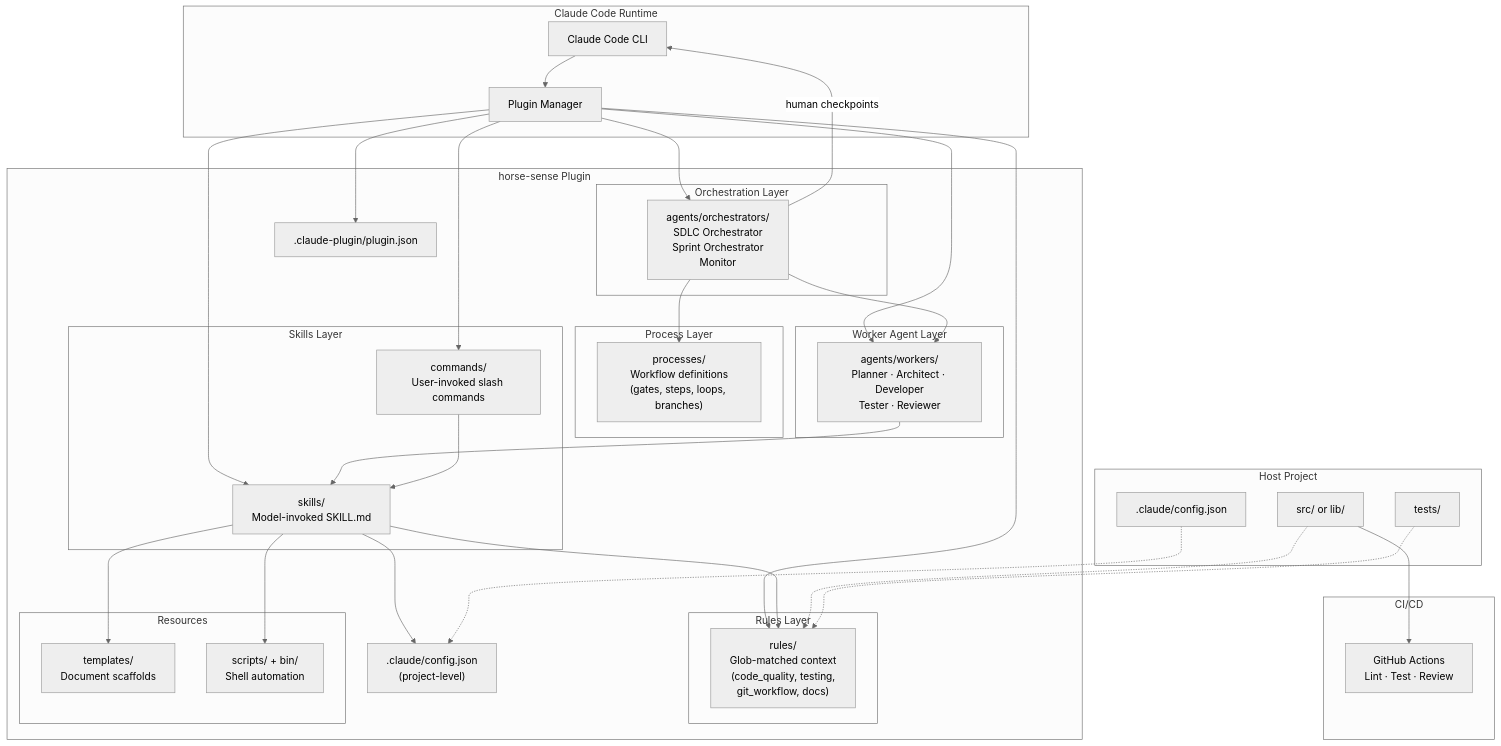
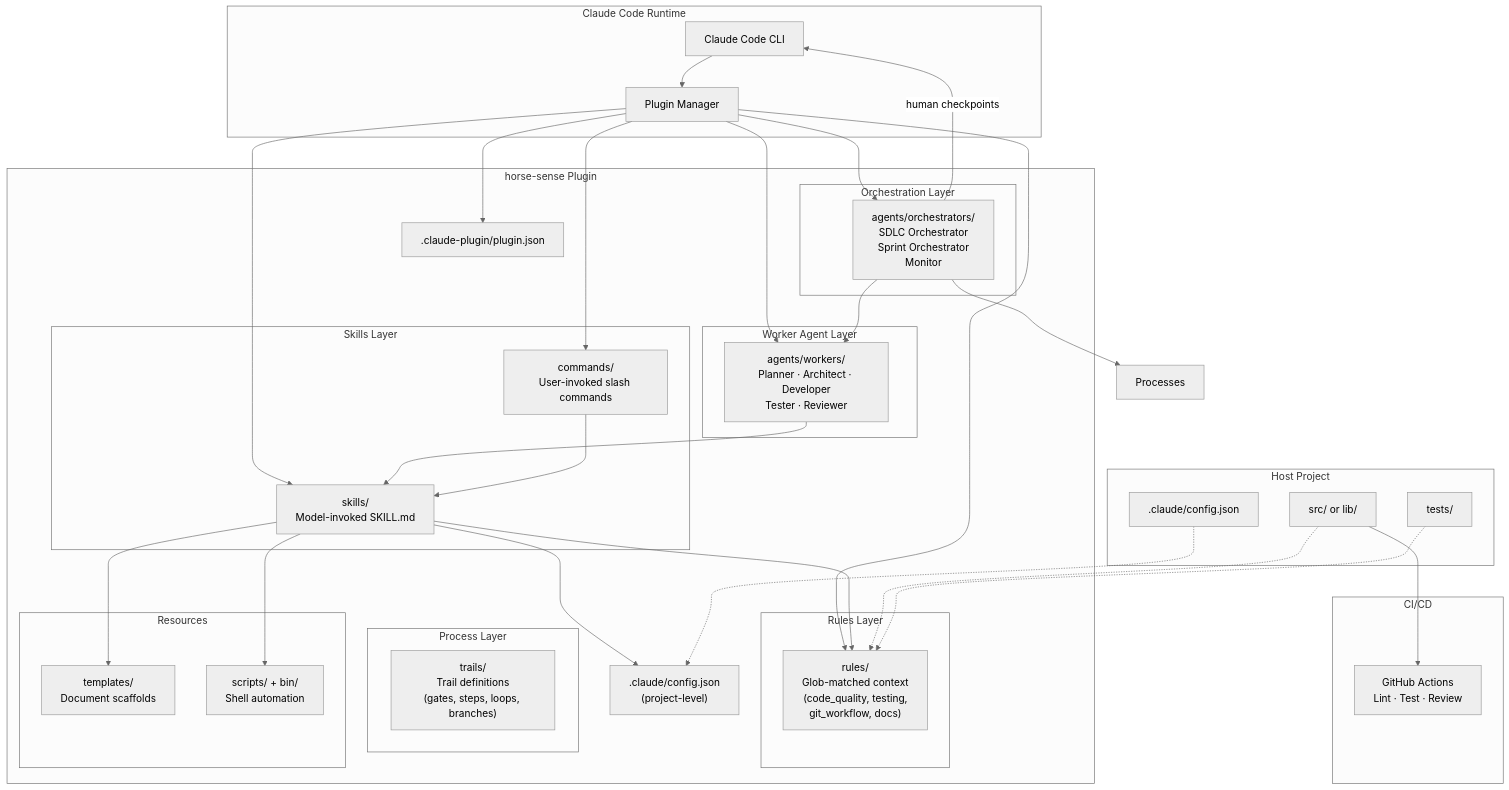
The first of 4 diagrams in docs/architecture/architecture_doc.md (edlovesjava/horse-sense), drawn with Mermaid (neutral theme) before and after one commit. The commit also changed other lines of this file and 44 other files, not shown here.

````diff
--- a/docs/architecture/architecture_doc.md
+++ b/docs/architecture/architecture_doc.md
@@ -59,71 +59,71 @@
 ```mermaid
 graph TD
     subgraph "Claude Code Runtime"
         CC[Claude Code CLI]
         PM[Plugin Manager]
     end
 
     subgraph "horse-sense Plugin"
         Manifest[".claude-plugin/plugin.json"]
         Config[".claude/config.json<br/>(project-level)"]
 
         subgraph "Process Layer"
-            Processes["processes/<br/>Workflow definitions<br/>(gates, steps, loops, branches)"]
+            Trails["trails/<br/>Trail definitions<br/>(gates, steps, loops, branches)"]
         end
 
         subgraph "Orchestration Layer"
             Orchestrators["agents/orchestrators/<br/>SDLC Orchestrator<br/>Sprint Orchestrator<br/>Monitor"]
         end
 
         subgraph "Worker Agent Layer"
             Workers["agents/workers/<br/>Planner · Architect · Developer<br/>Tester · Reviewer"]
         end
 
         subgraph "Skills Layer"
             SlashCmds["commands/<br/>User-invoked slash commands"]
             AgentSkills["skills/<br/>Model-invoked SKILL.md"]
         end
 
         subgraph "Rules Layer"
             Rules["rules/<br/>Glob-matched context<br/>(code_quality, testing,<br/>git_workflow, docs)"]
         end
 
         subgraph "Resources"
             Templates["templates/<br/>Document scaffolds"]
             Scripts["scripts/ + bin/<br/>Shell automation"]
         end
     end
 
     subgraph "Host Project"
         ProjectConfig[".claude/config.json"]
         ProjectCode["src/ or lib/"]
         ProjectTests["tests/"]
     end
 
     subgraph "CI/CD"
         GHA["GitHub Actions<br/>Lint · Test · Review"]
     end
 
     CC --> PM
     PM --> Manifest
     PM --> SlashCmds
     PM --> AgentSkills
     PM --> Orchestrators
     PM --> Workers
     PM --> Rules
 
     Orchestrators --> Processes
     Orchestrators --> Workers
     Orchestrators -->|"human checkpoints"| CC
     Workers --> AgentSkills
     SlashCmds --> AgentSkills
     AgentSkills --> Rules
     AgentSkills --> Templates
     AgentSkills --> Scripts
     AgentSkills --> Config
 
     ProjectConfig -.-> Config
     ProjectCode -.-> Rules
     ProjectTests -.-> Rules
     ProjectCode --> GHA
 ```
````
